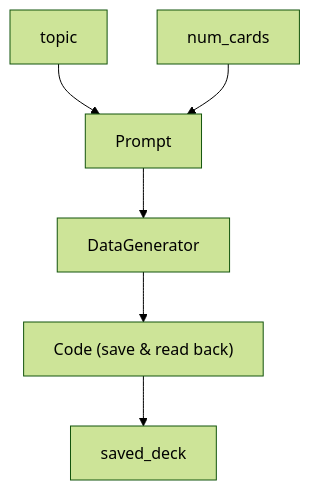
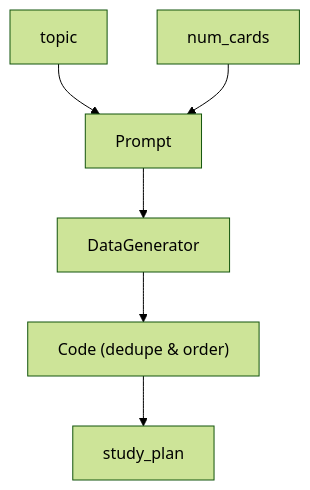
Before and after one commit to nodetool-ai/nodetool: the diagram in docs/workflows/flashcard-generator.md, drawn with Mermaid (forest theme). The commit also changed other lines of this file and 11 other files, not shown here.

```diff
--- a/docs/workflows/flashcard-generator.md
+++ b/docs/workflows/flashcard-generator.md
@@ -22,14 +22,14 @@
 {% mermaid %}
 graph TD
   topic_topic_["topic"]
   num_cards_input["num_cards"]
   formattext_format["Prompt"]
   datagenerator_genera["DataGenerator"]
-  store_cards["Code (save & read back)"]
-  deck_output["saved_deck"]
+  plan_study["Code (dedupe & order)"]
+  plan_output["study_plan"]
   topic_topic_ --> formattext_format
   num_cards_input --> formattext_format
   formattext_format --> datagenerator_genera
-  datagenerator_genera --> store_cards
-  store_cards --> deck_output
+  datagenerator_genera --> plan_study
+  plan_study --> plan_output
 {% endmermaid %}
```
